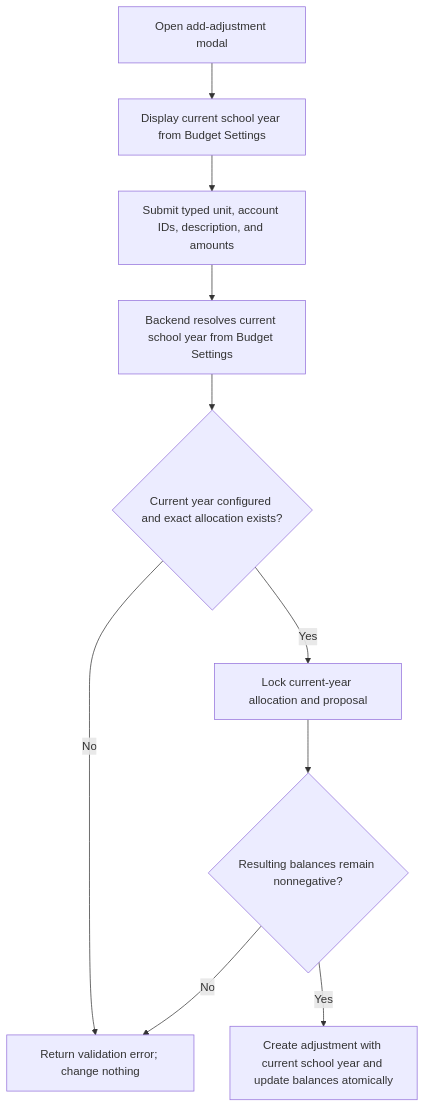
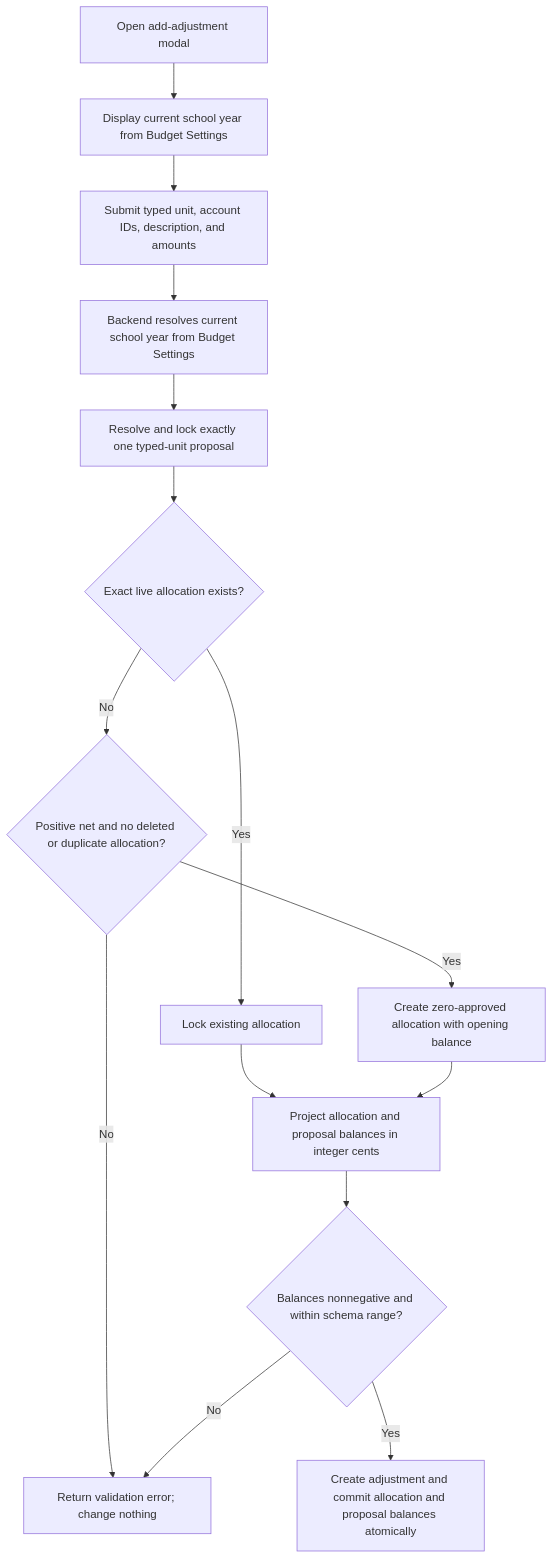
One commit to AdamsonUniversity-ITC/adulivev6-monorepo changed the fourth of 28 diagrams in docs/abms/flowcharts.md. Above: the diagram before and after it, drawn with Mermaid. The commit also changed 6 other files, not shown here.

````diff
--- a/docs/abms/flowcharts.md
+++ b/docs/abms/flowcharts.md
@@ -55,12 +55,17 @@
 ```mermaid
 flowchart TD
     A[Open add-adjustment modal] --> B[Display current school year from Budget Settings]
     B --> C[Submit typed unit, account IDs, description, and amounts]
     C --> D[Backend resolves current school year from Budget Settings]
-    D --> E{Current year configured and exact allocation exists?}
-    E -- No --> X[Return validation error; change nothing]
-    E -- Yes --> F[Lock current-year allocation and proposal]
-    F --> G{Resulting balances remain nonnegative?}
-    G -- No --> X
-    G -- Yes --> H[Create adjustment with current school year and update balances atomically]
+    D --> E[Resolve and lock exactly one typed-unit proposal]
+    E --> F{Exact live allocation exists?}
+    F -- Yes --> G[Lock existing allocation]
+    F -- No --> H{Positive net and no deleted or duplicate allocation?}
+    H -- No --> X[Return validation error; change nothing]
+    H -- Yes --> I[Create zero-approved allocation with opening balance]
+    G --> J[Project allocation and proposal balances in integer cents]
+    I --> J
+    J --> K{Balances nonnegative and within schema range?}
+    K -- No --> X
+    K -- Yes --> L[Create adjustment and commit allocation and proposal balances atomically]
 ```
````
